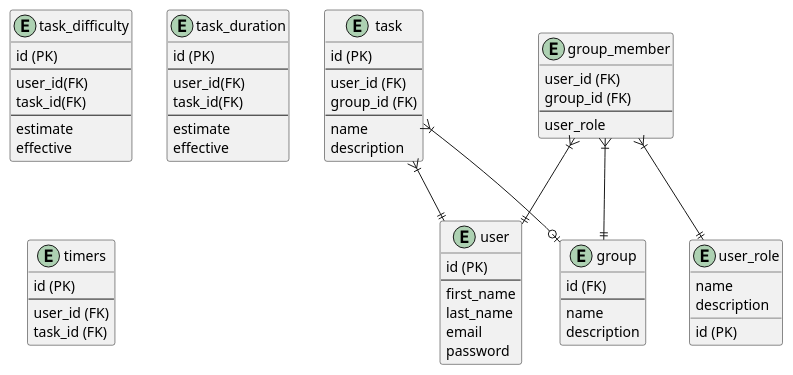
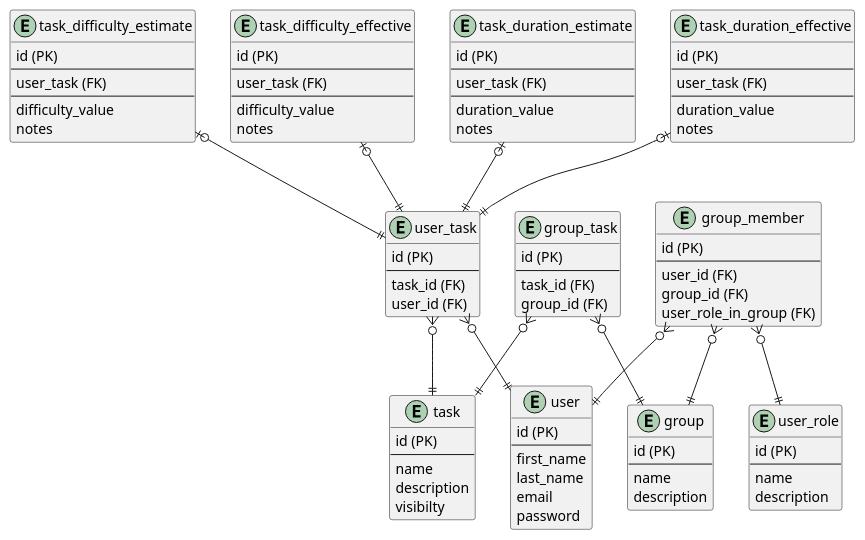
The diagram in konzept/db_relations.md (stanislavhutter/Task_reflector), drawn with PlantUML before and after one commit.

Commit message:
ERD updated

```diff
--- a/konzept/db_relations.md
+++ b/konzept/db_relations.md
@@ -10,77 +10,118 @@
     password
 }
 
-entity user_role {
+entity task {
     id (PK)
+    --
+    name
+    description
+    visibilty
+}
+
+entity group {
+    id (PK)
+    --
     name
     description
 }
 
-together {
-    entity group {
-        id (FK)
-        --
-        name
-        description
-    }
-    
-    entity group_member {
-        user_id (FK)
-        group_id (FK)
-        --
-        user_role
-    } 
+entity user_task {
+    id (PK)
+    --
+    task_id (FK)
+    user_id (FK)
+}
+
+entity group_task {
+    id (PK)
+    --
+    task_id (FK)
+    group_id (FK)
 }
 
 
-together {
-
-    entity task {
-        id (PK)
-        --
-        user_id (FK)
-        group_id (FK)
-        --
-        name
-        description
-    }
-
-    entity task_difficulty {
-        id (PK)
-        --
-        user_id(FK)
-        task_id(FK)
-        --
-        estimate
-        effective
-    }
-
-    entity task_duration {
-        id (PK)
-        --
-        user_id(FK)
-        task_id(FK)
-        --
-        estimate
-        effective
-    }
-
-    entity timers {
-        id (PK)
-        --
-        user_id (FK)
-        task_id (FK)
-    }
-
+entity group_member {
+    id (PK)
+    --
+    user_id (FK)
+    group_id (FK)
+    user_role_in_group (FK)
 }
 
+entity user_role {
+    id (PK)
+    --
+    name
+    description
+}
 
-group_member }|--|| user
-group_member }|--|| group
-group_member }|--|| user_role
+entity task_difficulty_estimate {
+    id (PK)
+    --
+    user_task (FK)
+    --
+    difficulty_value
+    notes
+}
+entity task_difficulty_effective {
+    id (PK)
+    --
+    user_task (FK)
+    --
+    difficulty_value
+    notes
+}
 
-task }|--|| user
-task }|--o| group
+entity task_duration_estimate {
+    id (PK)
+    --
+    user_task (FK)
+    --
+    duration_value
+    notes
+}
+entity task_duration_effective {
+    id (PK)
+    --
+    user_task (FK)
+    --
+    duration_value
+    notes
+}
+
+user_task }o--|| user
+user_task }o--|| task
+
+task_duration_estimate |o--|| user_task
+task_duration_effective |o--|| user_task
+task_difficulty_estimate |o--|| user_task
+task_difficulty_effective |o--|| user_task
+
+group_member }o--|| user
+group_member }o--|| group
+group_member }o--|| user_role
+
+group_task }o--|| group
+group_task }o--|| task
+
+
+
+
+
+
+
+
+
+
+
+
+
+
+
+
+
+
+
 
 
 
```
